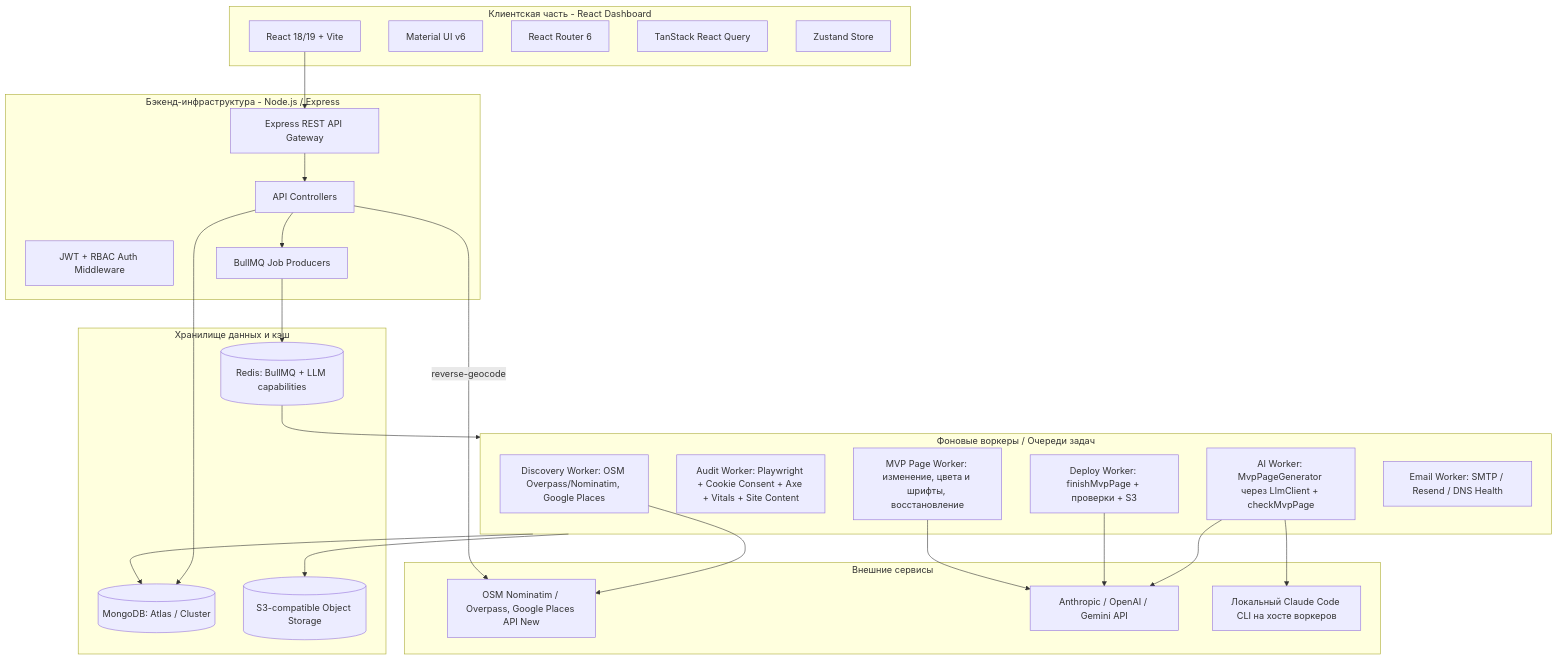
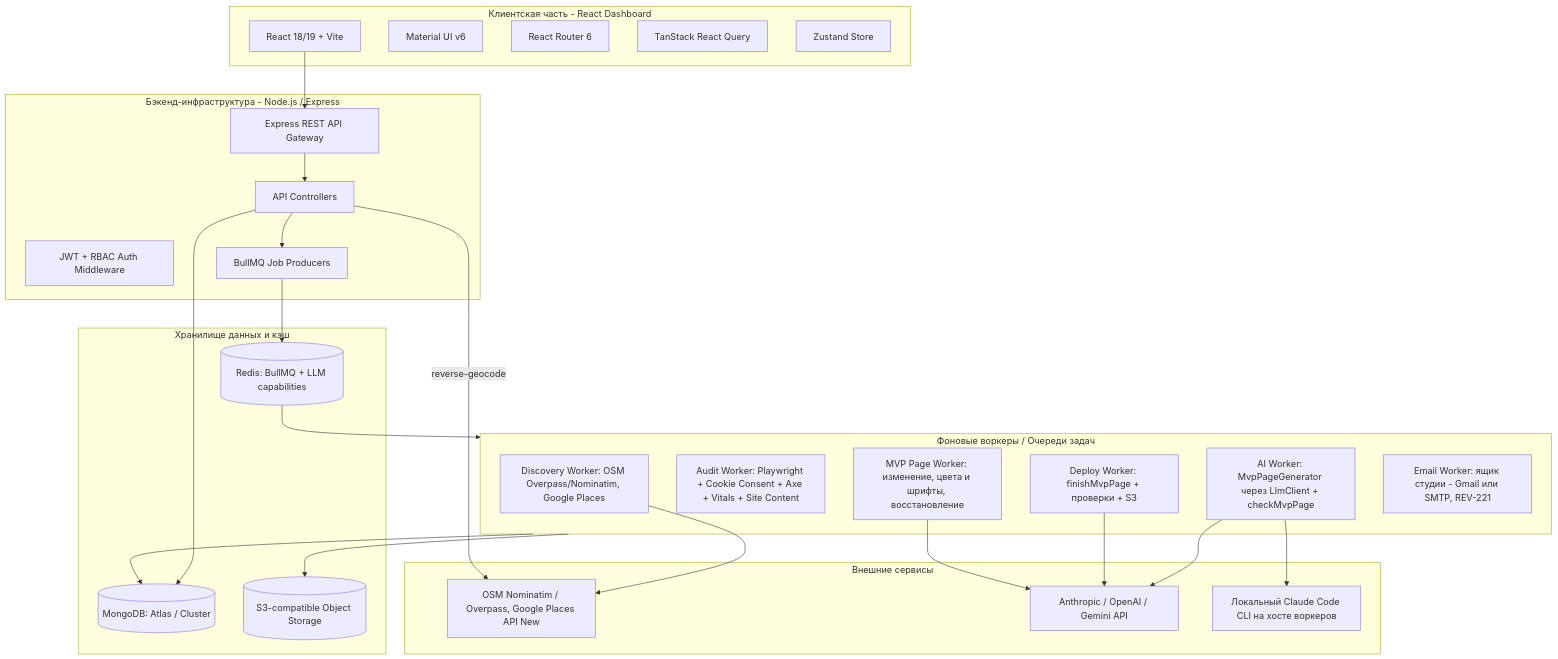
One commit to yurykurouski/revamp-docs changed the second of 10 diagrams in blueprint.md. Above: the diagram before and after it, drawn with Mermaid. The commit also changed other lines of this file and 7 other files, not shown here.

Commit message:
docs(REV-222): per-studio mailbox sending (US18) as the design; platform-wide email provider marked interim until REV-221

````diff
--- a/blueprint.md
+++ b/blueprint.md
@@ -29,53 +29,53 @@
 ```mermaid
 graph TB
     subgraph Frontend [Клиентская часть - React Dashboard]
         UI[React 18/19 + Vite]
         MUI[Material UI v6]
         Router[React Router 6]
         Query[TanStack React Query]
         State[Zustand Store]
     end
 
     subgraph API [Бэкенд-инфраструктура - Node.js / Express]
         Gateway[Express REST API Gateway]
         Auth[JWT + RBAC Auth Middleware]
         Controllers[API Controllers]
         Queues[BullMQ Job Producers]
     end
 
     subgraph Workers [Фоновые воркеры / Очереди задач]
         W_Disc[Discovery Worker: OSM Overpass/Nominatim, Google Places]
         W_Audit[Audit Worker: Playwright + Cookie Consent + Axe + Vitals + Site Content]
         W_AI[AI Worker: MvpPageGenerator через LlmClient + checkMvpPage]
         W_Gen[Deploy Worker: finishMvpPage + проверки + S3]
         W_Page[MVP Page Worker: изменение, цвета и шрифты, восстановление]
-        W_Mail[Email Worker: SMTP / Resend / DNS Health]
+        W_Mail[Email Worker: ящик студии - Gmail или SMTP, REV-221]
     end
 
     subgraph Data [Хранилище данных и кэш]
         Mongo[(MongoDB: Atlas / Cluster)]
         Redis[(Redis: BullMQ + LLM capabilities)]
         S3[(S3-compatible Object Storage)]
     end
 
     subgraph External [Внешние сервисы]
         Maps[OSM Nominatim / Overpass, Google Places API New]
         LLM[Anthropic / OpenAI / Gemini API]
         CLI[Локальный Claude Code CLI на хосте воркеров]
     end
 
     UI --> Gateway
     Gateway --> Controllers
     Controllers --> Queues
     Queues --> Redis
     Redis --> Workers
     Workers --> Mongo
     Workers --> S3
     Controllers --> Mongo
     W_Disc --> Maps
     W_AI --> LLM
     W_AI --> CLI
     W_Gen --> LLM
     W_Page --> LLM
     Controllers -->|reverse-geocode| Maps
 ```
````
